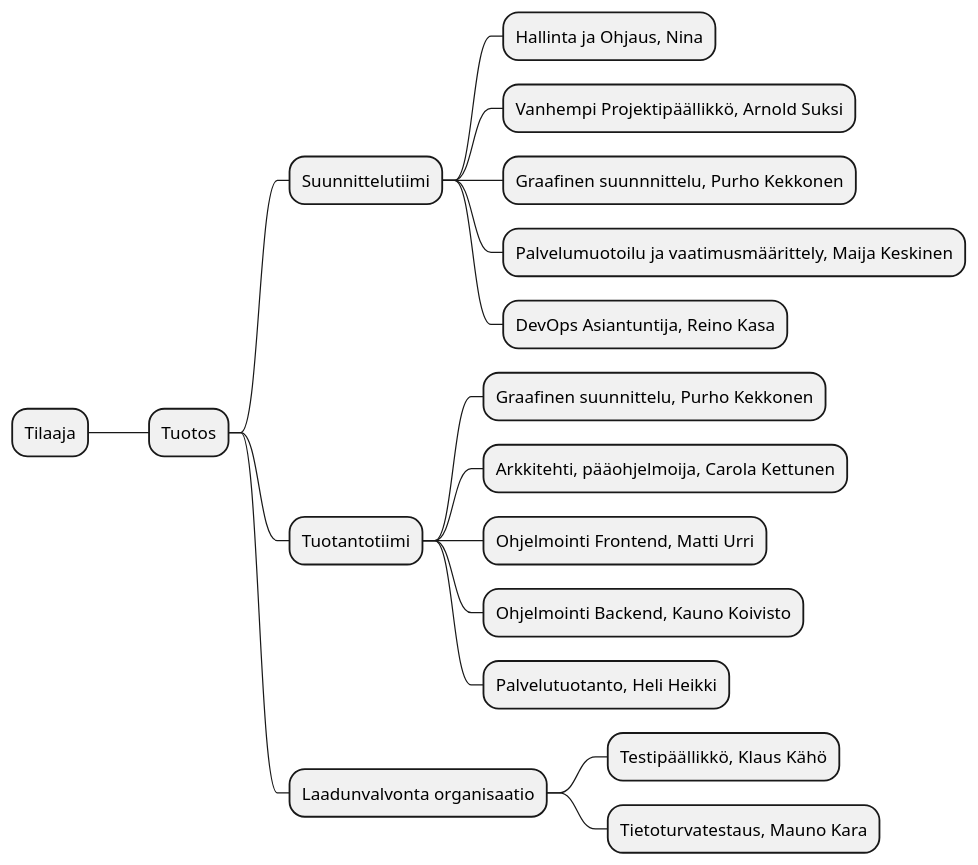
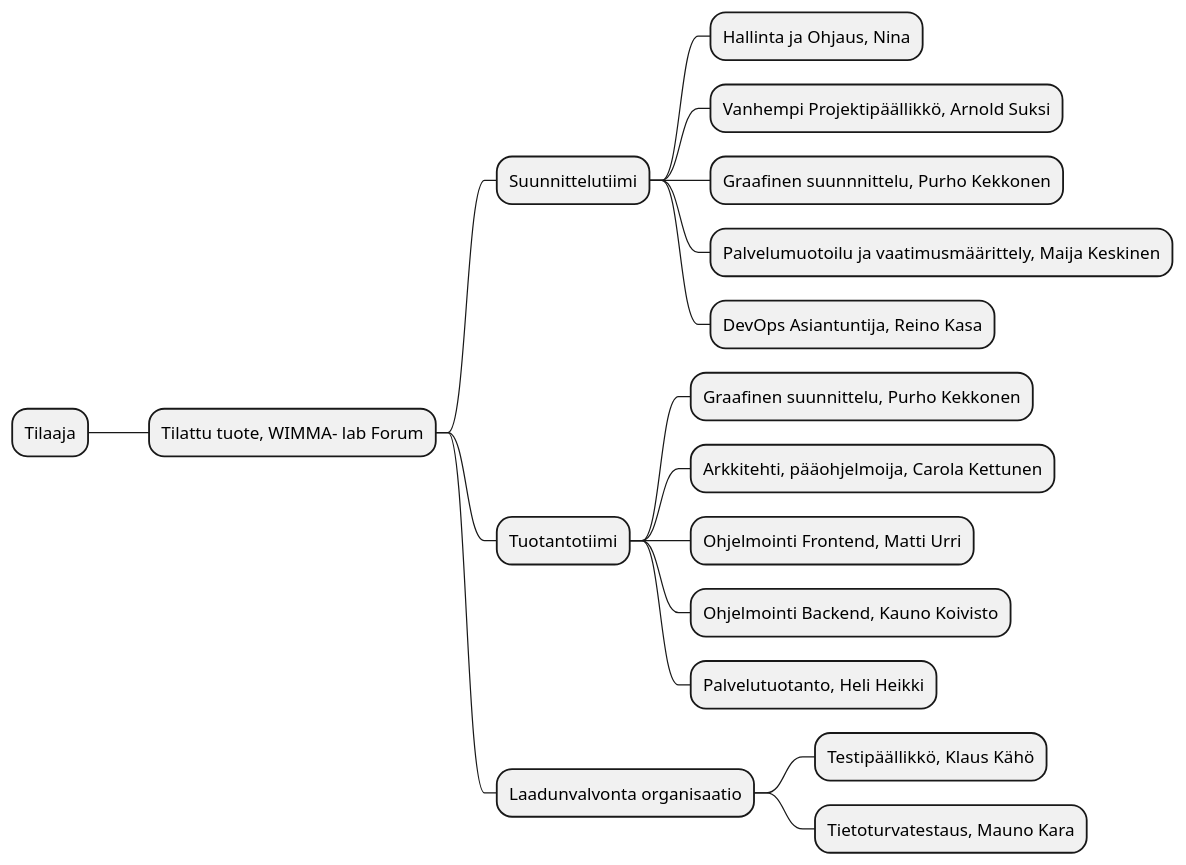
The second of 3 diagrams in dokumentit/10-Projektihallinta/projektisuunnitelma.md (ninaleo/S2021-AB5160-core), drawn with PlantUML before and after one commit. The commit also changed other lines of this file, not shown here.

````diff
--- a/dokumentit/10-Projektihallinta/projektisuunnitelma.md
+++ b/dokumentit/10-Projektihallinta/projektisuunnitelma.md
@@ -134,21 +135,22 @@
 ```plantuml
 @startmindmap
-+ Tuotos
+
++ Tilattu tuote, WIMMA- lab Forum
 ++ Suunnittelutiimi
 +++ Hallinta ja Ohjaus, Nina
 +++ Vanhempi Projektipäällikkö, Arnold Suksi
 +++ Graafinen suunnnittelu, Purho Kekkonen
 +++ Palvelumuotoilu ja vaatimusmäärittely, Maija Keskinen
 +++ DevOps Asiantuntija, Reino Kasa
 ++ Tuotantotiimi
 +++ Graafinen suunnittelu, Purho Kekkonen
 +++ Arkkitehti, pääohjelmoija, Carola Kettunen
 +++ Ohjelmointi Frontend, Matti Urri
 +++ Ohjelmointi Backend, Kauno Koivisto
 +++ Palvelutuotanto, Heli Heikki
 -- Tilaaja
 ++ Laadunvalvonta organisaatio
 +++ Testipäällikkö, Klaus Kähö
 +++ Tietoturvatestaus, Mauno Kara
 @endmindmap
 ```
````
